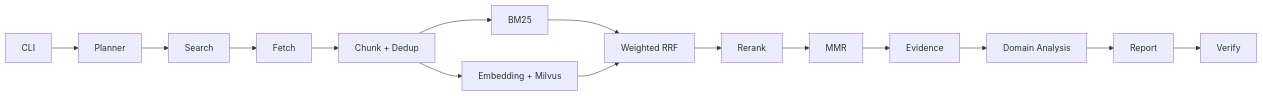
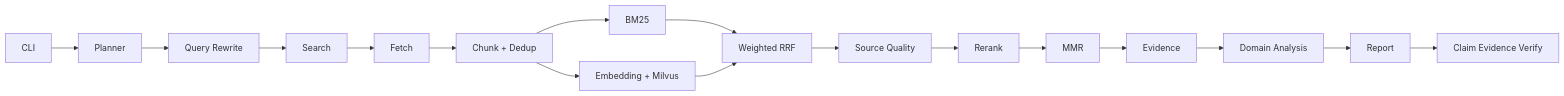
One commit to yzy1147770433/rec-researcher changed the diagram in README.zh-CN.md. Above: the diagram before and after it, drawn with Mermaid. The commit also changed other lines of this file and 29 other files, not shown here.

Commit message:
feat: improve retrieval quality and evidence verification

````diff
--- a/README.zh-CN.md
+++ b/README.zh-CN.md
@@ -32,17 +32,19 @@
 ```mermaid
 flowchart LR
     CLI[CLI] --> Planner[Planner]
-    Planner --> Search[Search]
+    Planner --> Rewrite[Query Rewrite]
+    Rewrite --> Search[Search]
     Search --> Fetch[Fetch]
     Fetch --> Chunk[Chunk + Dedup]
     Chunk --> BM25[BM25]
     Chunk --> Dense[Embedding + Milvus]
     BM25 --> RRF[Weighted RRF]
     Dense --> RRF
-    RRF --> Rerank[Rerank]
+    RRF --> Quality[Source Quality]
+    Quality --> Rerank[Rerank]
     Rerank --> MMR[MMR]
     MMR --> Evidence[Evidence]
     Evidence --> Domain[Domain Analysis]
     Domain --> Report[Report]
-    Report --> Verify[Verify]
+    Report --> Verify[Claim Evidence Verify]
 ```
````
